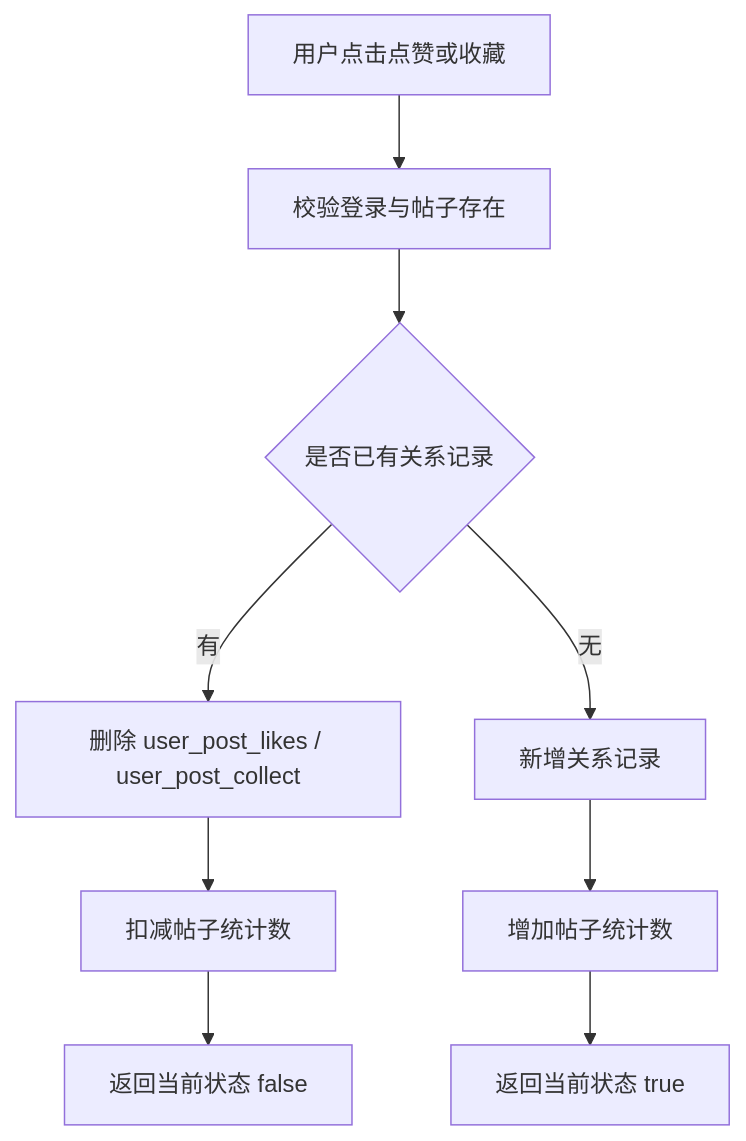
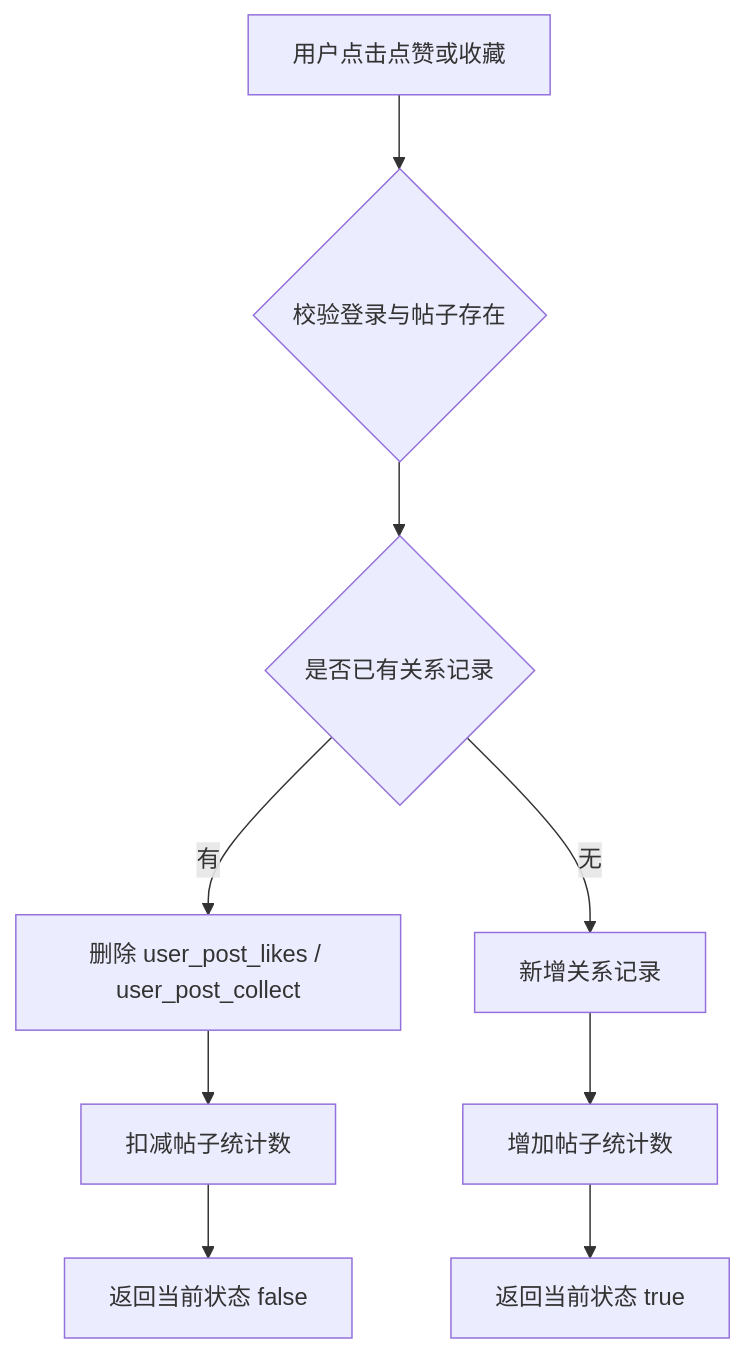
The sixth of 8 diagrams in model/uml_diagrams.md (FishDuM/AI.Image.Material.Collaboration.Platform), drawn with Mermaid before and after one commit. The commit also changed other lines of this file and 2 other files, not shown here.

````diff
--- a/model/uml_diagrams.md
+++ b/model/uml_diagrams.md
@@ -540,11 +528,11 @@
 ```mermaid
 flowchart TD
-    A["用户点击点赞或收藏"] --> B["校验登录与帖子存在"]
+    A["用户点击点赞或收藏"] --> B{"校验登录与帖子存在"}
     B --> C{"是否已有关系记录"}
     C -->|有| D["删除 user_post_likes / user_post_collect"]
     C -->|无| E["新增关系记录"]
     D --> F["扣减帖子统计数"]
     E --> G["增加帖子统计数"]
     F --> H["返回当前状态 false"]
     G --> I["返回当前状态 true"]
 ```
````
